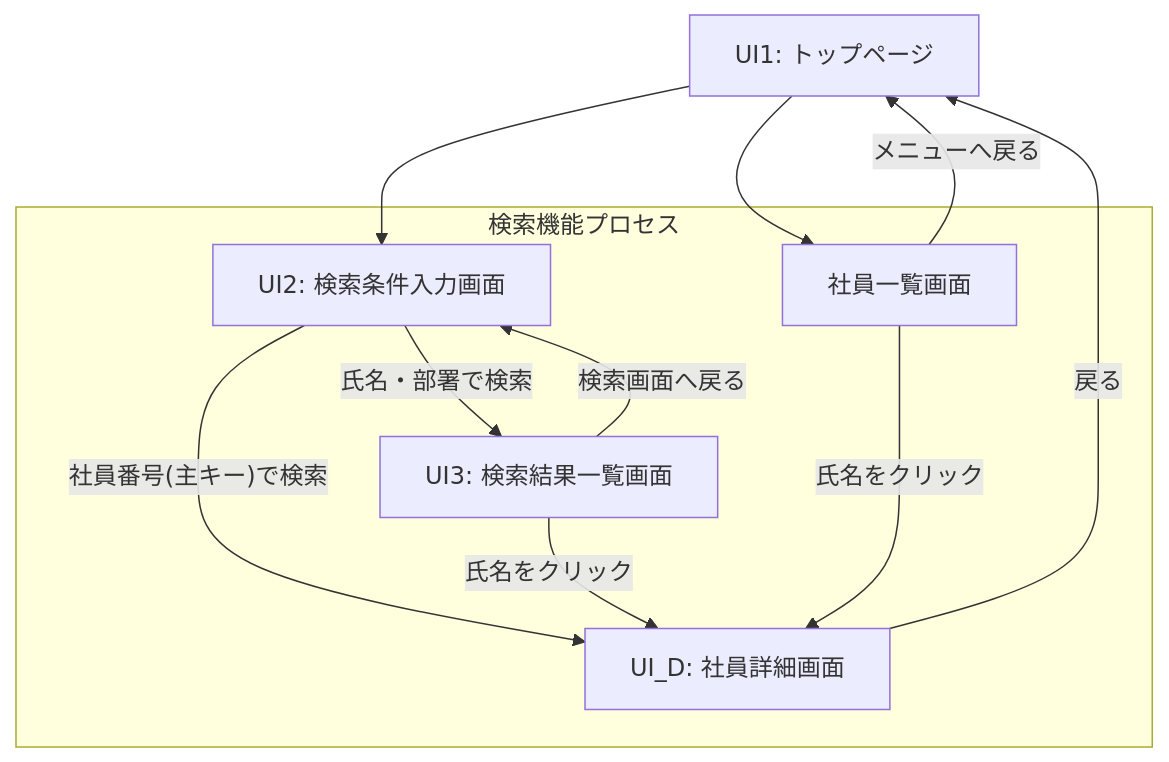
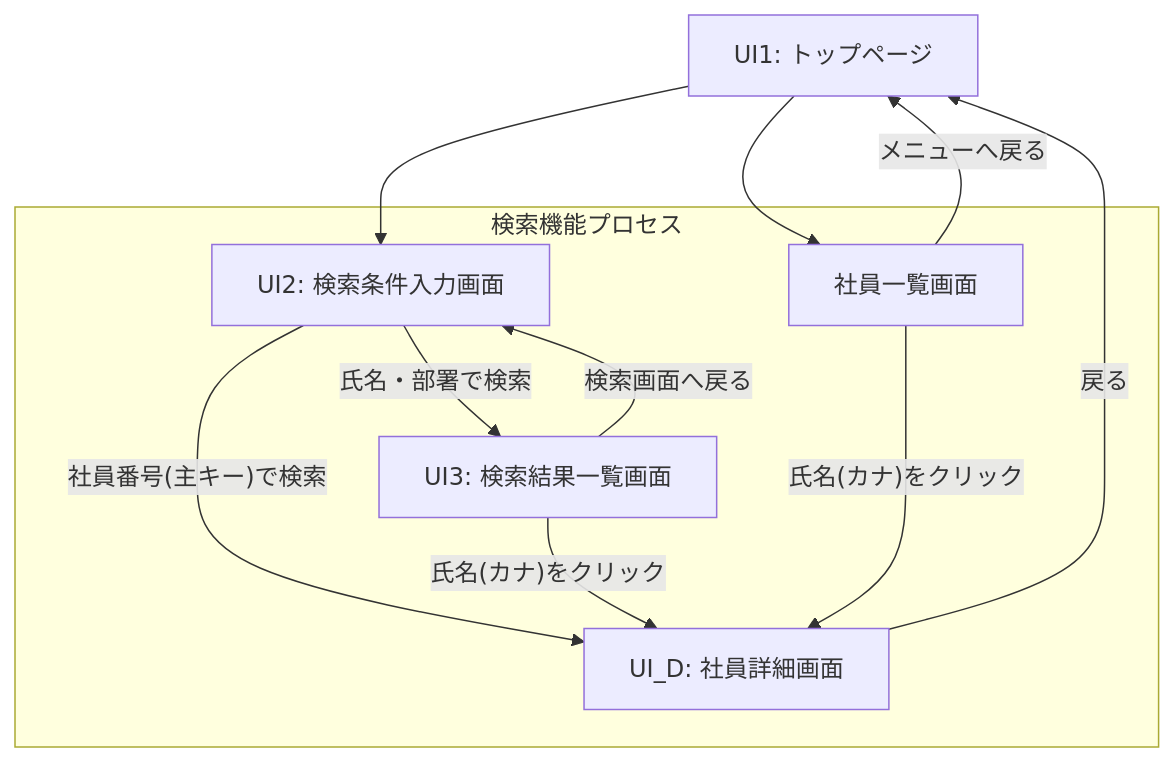
Before and after one commit to juyeongjung1/NewEIMS: the diagram in EIMS_Comprehensive_Exercise_Guide.md, drawn with Mermaid. The commit also changed other lines of this file and 2 other files, not shown here.

````diff
--- a/EIMS_Comprehensive_Exercise_Guide.md
+++ b/EIMS_Comprehensive_Exercise_Guide.md
@@ -78,16 +77,16 @@
 ```mermaid
 flowchart TD
     UI1[UI1: トップページ] --> UI2[UI2: 検索条件入力画面]
     UI1 --> UI_L[社員一覧画面]
     
     subgraph 検索機能プロセス
         UI2 -- "社員番号(主キー)で検索" --> UI_D[UI_D: 社員詳細画面]
         UI2 -- "氏名・部署で検索" --> UI3[UI3: 検索結果一覧画面]
-        UI3 -- "氏名をクリック" --> UI_D
-        UI_L -- "氏名をクリック" --> UI_D
+        UI3 -- "氏名(カナ)をクリック" --> UI_D
+        UI_L -- "氏名(カナ)をクリック" --> UI_D
     end
     
     UI_D -->|戻る| UI1
     UI3 -->|検索画面へ戻る| UI2
     UI_L -->|メニューへ戻る| UI1
 ```
````
